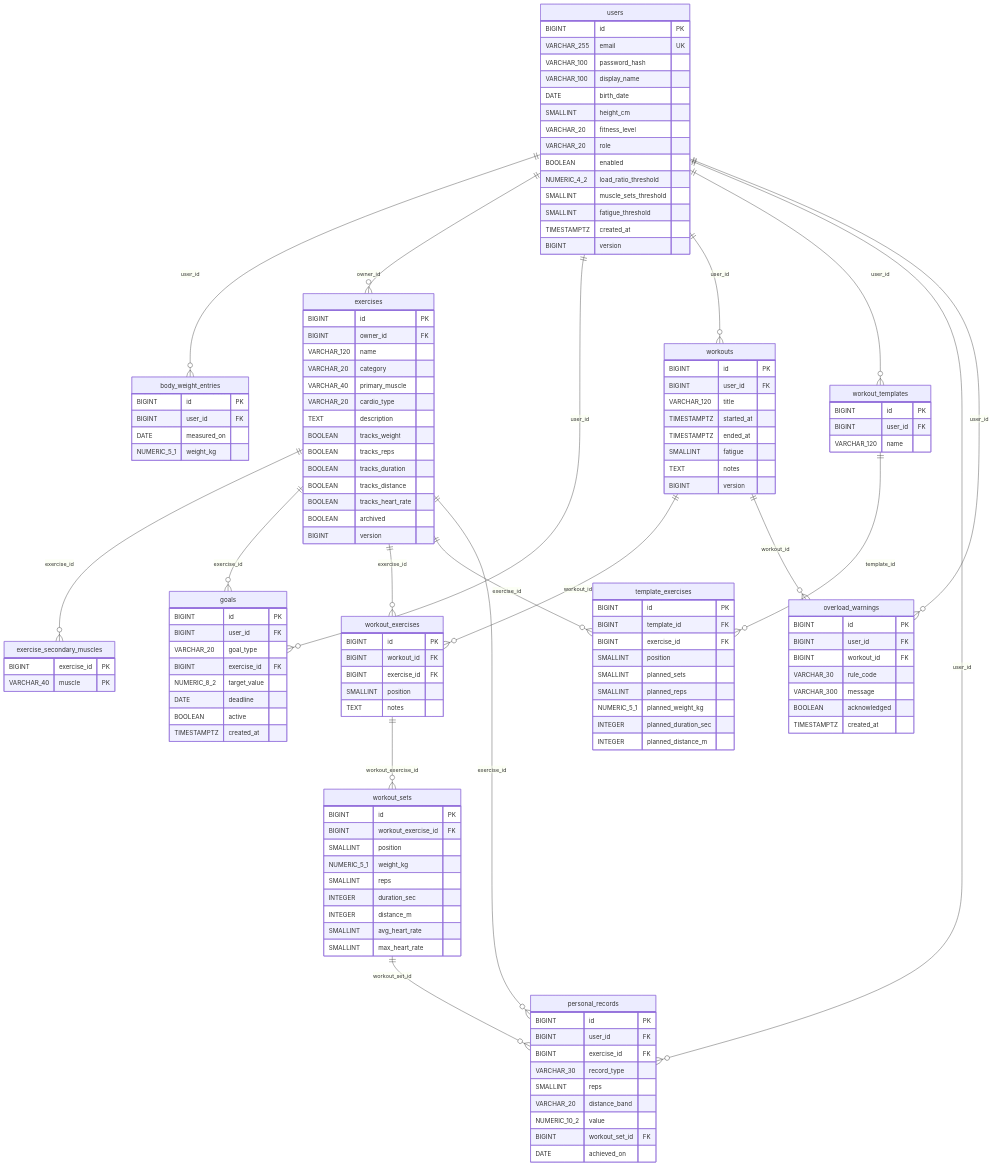
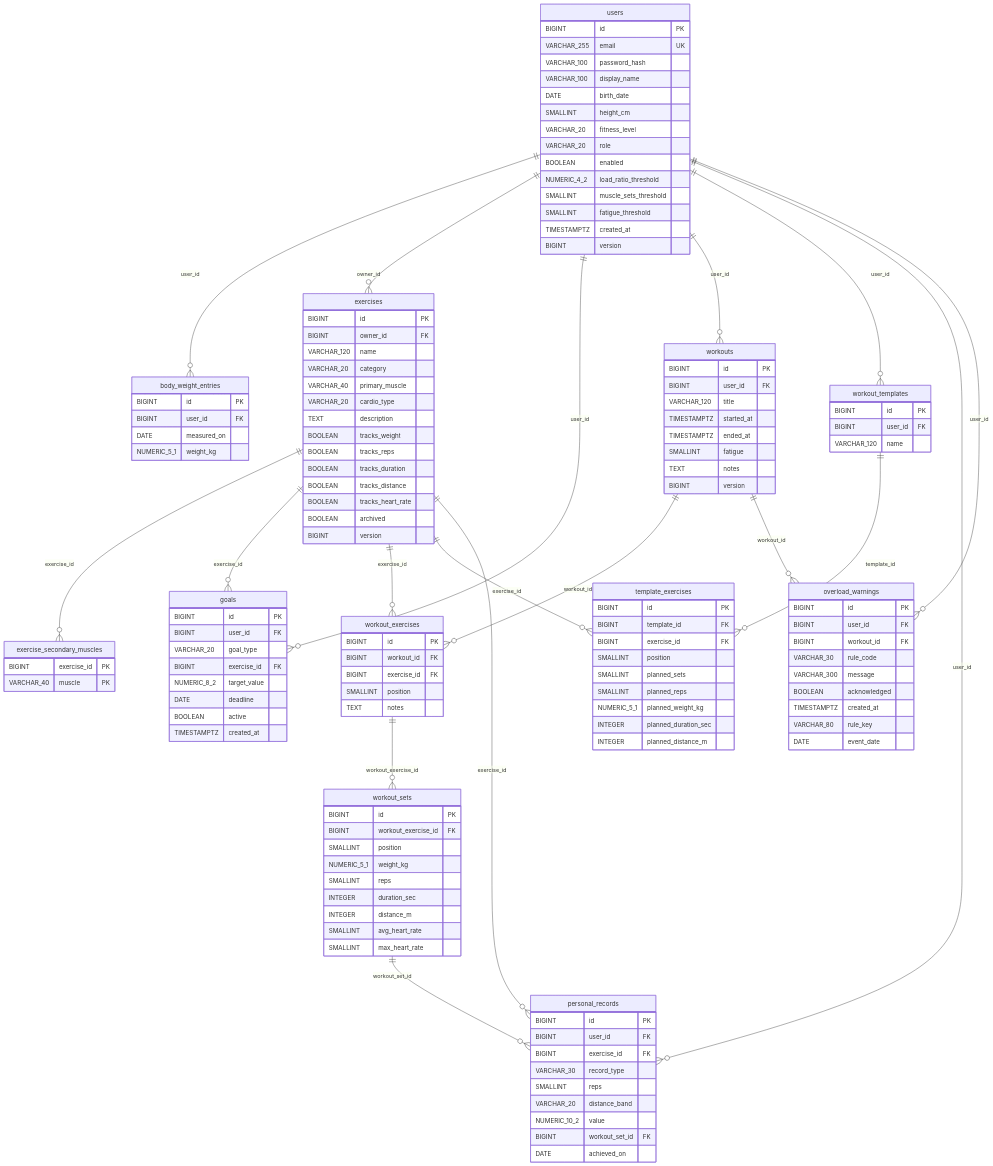
One commit to ZinkRuben/RepTrack changed the diagram in docs/er-diagram.md. Above: the diagram before and after it, drawn with Mermaid. The commit also changed 18 other files, not shown here.

```diff
--- a/docs/er-diagram.md
+++ b/docs/er-diagram.md
@@ -121,6 +121,8 @@
         VARCHAR_300 message
         BOOLEAN acknowledged
         TIMESTAMPTZ created_at
+        VARCHAR_80 rule_key
+        DATE event_date
     }
     users ||--o{ body_weight_entries : "user_id"
     users ||--o{ exercises : "owner_id"
```
